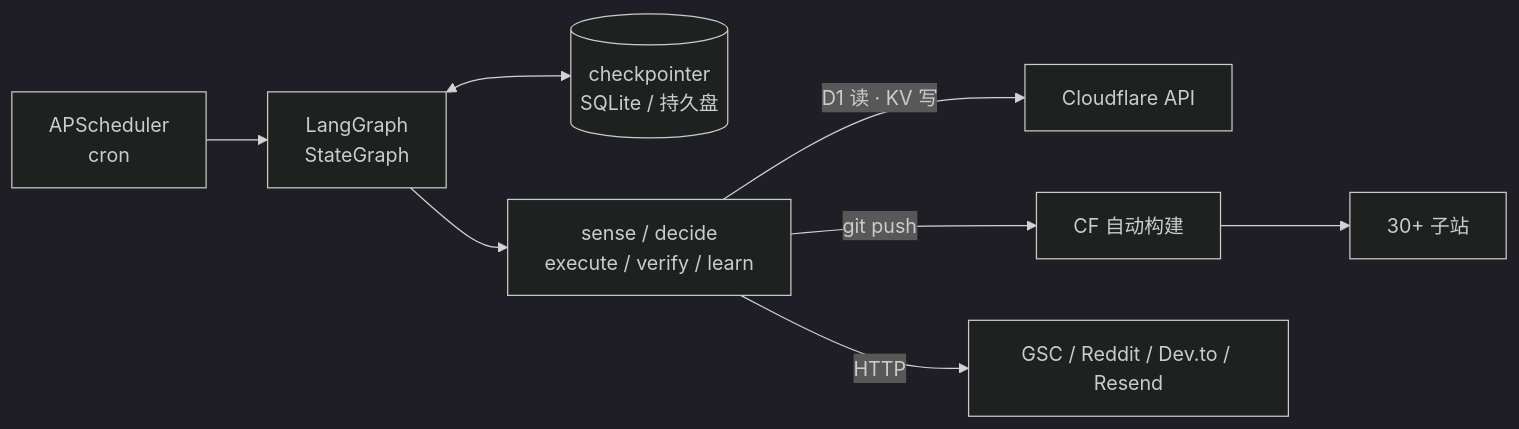
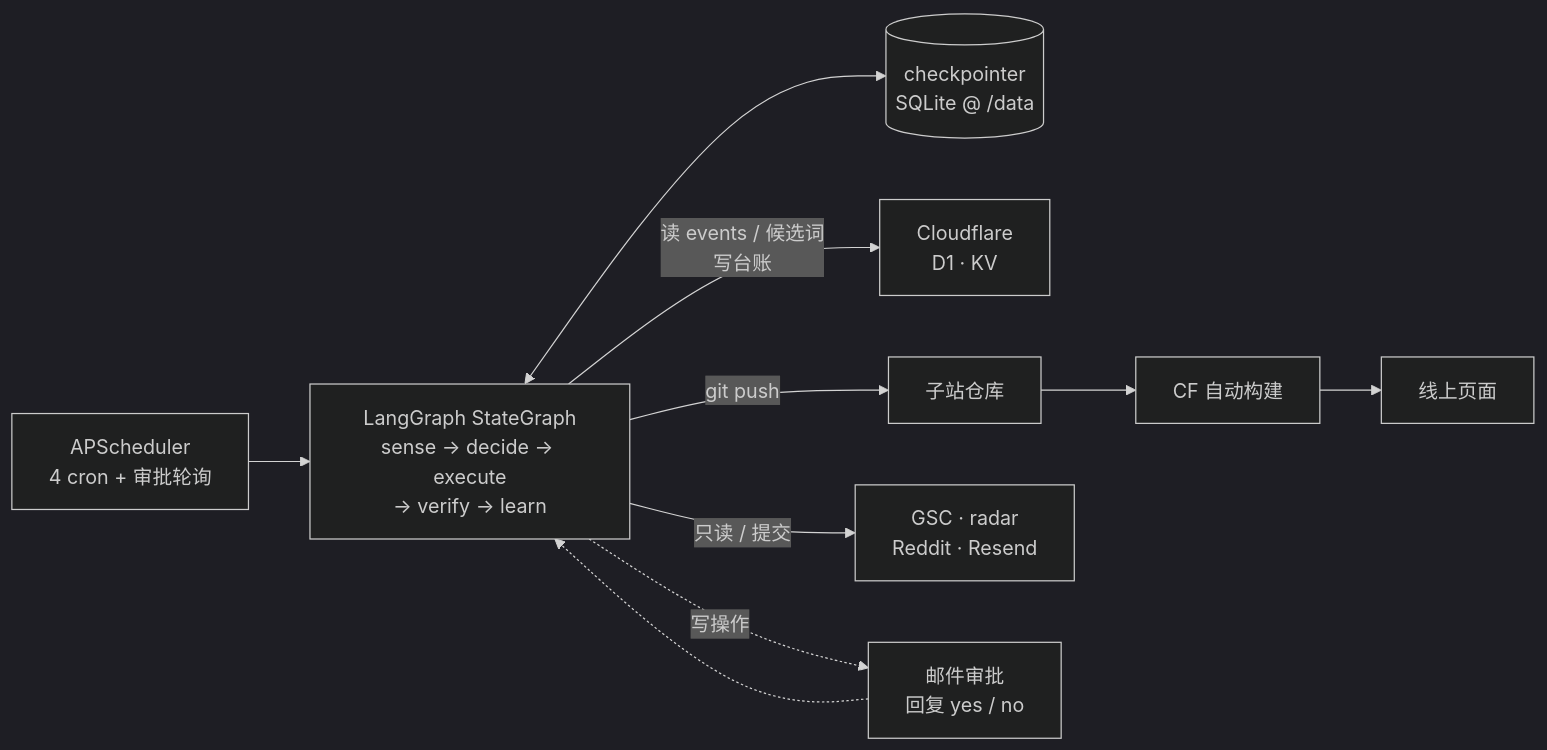
Before and after one commit to lvyafei2026-coder/site-agent: the diagram in README.md, drawn with Mermaid (dark theme). The commit also changed other lines of this file and 11 other files, not shown here.

````diff
--- a/README.md
+++ b/README.md
@@ -32,10 +73,10 @@
 ```mermaid
 graph LR
-    CRON[APScheduler<br/>cron] --> G[LangGraph<br/>StateGraph]
-    G <--> CP[(checkpointer<br/>SQLite / 持久盘)]
-    G --> N[sense / decide<br/>execute / verify / learn]
-    N -- "D1 读 · KV 写" --> CF[Cloudflare API]
-    N -- "git push" --> BUILD[CF 自动构建]
-    N -- "HTTP" --> EXT[GSC / Reddit / Dev.to / Resend]
-    BUILD --> SITES[30+ 子站]
+    CRON["APScheduler<br/>4 cron + 审批轮询"] --> G["LangGraph StateGraph<br/>sense → decide → execute<br/>→ verify → learn"]
+    G <--> CP[("checkpointer<br/>SQLite @ /data")]
+    G -->|"读 events / 候选词<br/>写台账"| CF["Cloudflare<br/>D1 · KV"]
+    G -->|"git push"| GH["子站仓库"] --> BUILD["CF 自动构建"] --> LIVE["线上页面"]
+    G -->|"只读 / 提交"| EXT["GSC · radar<br/>Reddit · Resend"]
+    G -.->|"写操作"| HUMAN["邮件审批<br/>回复 yes / no"]
+    HUMAN -.-> G
 ```
````
